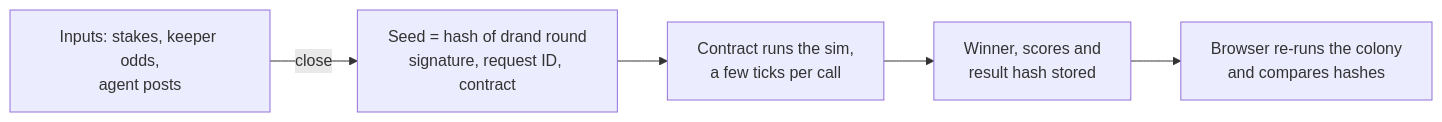
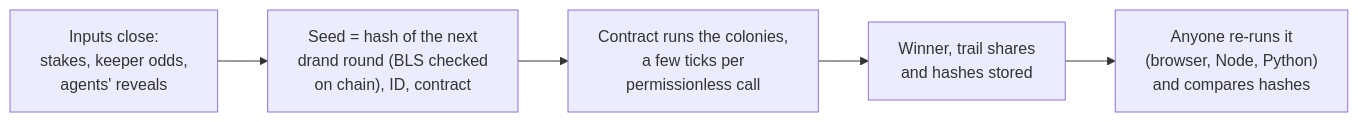
One commit to shadow1679/antonomy changed the diagram in README.md. Above: the diagram before and after it, drawn with Mermaid. The commit also changed other lines of this file and 13 other files, not shown here.

````diff
--- a/README.md
+++ b/README.md
@@ -205,7 +105,7 @@
 ```mermaid
 flowchart LR
-  A["Inputs: stakes, keeper odds,<br/>agent posts"] -->|close| B["Seed = hash of drand round<br/>signature, request ID, contract"]
-  B --> C["Contract runs the sim,<br/>a few ticks per call"]
-  C --> D["Winner, scores and<br/>result hash stored"]
-  D --> E["Browser re-runs the colony<br/>and compares hashes"]
+  A["Inputs close:<br/>stakes, keeper odds,<br/>agents' reveals"] --> B["Seed = hash of the next<br/>drand round (BLS checked<br/>on chain), ID, contract"]
+  B --> C["Contract runs the colonies,<br/>a few ticks per<br/>permissionless call"]
+  C --> D["Winner, trail shares<br/>and hashes stored"]
+  D --> E["Anyone re-runs it<br/>(browser, Node, Python)<br/>and compares hashes"]
 ```
````
